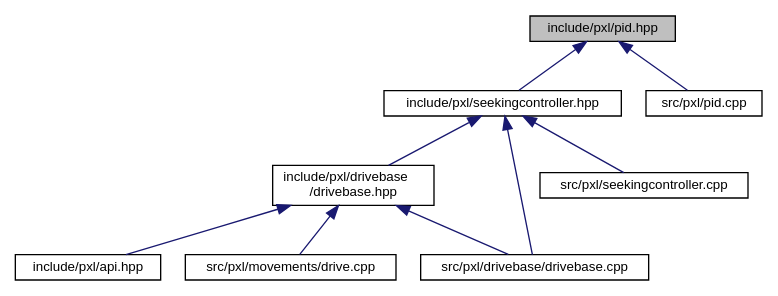
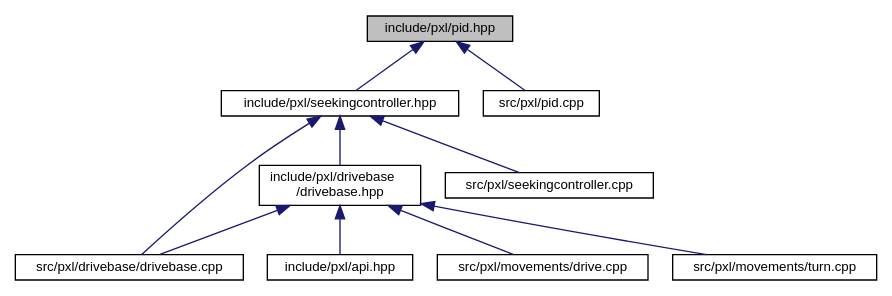
Before and after one commit to Pixel-Lib/Pixel: the diagram in pid_8hpp__dep__incl.dot, drawn with Graphviz. The commit also changed 232 other files, not shown here.

```diff
--- a/pid_8hpp__dep__incl.dot
+++ b/pid_8hpp__dep__incl.dot
@@ -1,22 +1,24 @@
 digraph "include/pxl/pid.hpp"
 {
  // LATEX_PDF_SIZE
   edge [fontname="Helvetica",fontsize="10",labelfontname="Helvetica",labelfontsize="10"];
   node [fontname="Helvetica",fontsize="10",shape=record];
   Node1 [label="include/pxl/pid.hpp",height=0.2,width=0.4,color="black", fillcolor="grey75", style="filled", fontcolor="black",tooltip=" "];
   Node1 -> Node2 [dir="back",color="midnightblue",fontsize="10",style="solid",fontname="Helvetica"];
   Node2 [label="include/pxl/seekingcontroller.hpp",height=0.2,width=0.4,color="black", fillcolor="white", style="filled",URL="$seekingcontroller_8hpp.html",tooltip=" "];
   Node2 -> Node3 [dir="back",color="midnightblue",fontsize="10",style="solid",fontname="Helvetica"];
   Node3 [label="include/pxl/drivebase\l/drivebase.hpp",height=0.2,width=0.4,color="black", fillcolor="white", style="filled",URL="$drivebase_8hpp.html",tooltip=" "];
   Node3 -> Node4 [dir="back",color="midnightblue",fontsize="10",style="solid",fontname="Helvetica"];
   Node4 [label="include/pxl/api.hpp",height=0.2,width=0.4,color="black", fillcolor="white", style="filled",URL="$api_8hpp.html",tooltip=" "];
   Node3 -> Node5 [dir="back",color="midnightblue",fontsize="10",style="solid",fontname="Helvetica"];
   Node5 [label="src/pxl/drivebase/drivebase.cpp",height=0.2,width=0.4,color="black", fillcolor="white", style="filled",URL="$drivebase_8cpp.html",tooltip=" "];
   Node3 -> Node6 [dir="back",color="midnightblue",fontsize="10",style="solid",fontname="Helvetica"];
   Node6 [label="src/pxl/movements/drive.cpp",height=0.2,width=0.4,color="black", fillcolor="white", style="filled",URL="$drive_8cpp.html",tooltip=" "];
+  Node3 -> Node7 [dir="back",color="midnightblue",fontsize="10",style="solid",fontname="Helvetica"];
+  Node7 [label="src/pxl/movements/turn.cpp",height=0.2,width=0.4,color="black", fillcolor="white", style="filled",URL="$turn_8cpp.html",tooltip=" "];
   Node2 -> Node5 [dir="back",color="midnightblue",fontsize="10",style="solid",fontname="Helvetica"];
-  Node2 -> Node7 [dir="back",color="midnightblue",fontsize="10",style="solid",fontname="Helvetica"];
-  Node7 [label="src/pxl/seekingcontroller.cpp",height=0.2,width=0.4,color="black", fillcolor="white", style="filled",URL="$seekingcontroller_8cpp.html",tooltip=" "];
-  Node1 -> Node8 [dir="back",color="midnightblue",fontsize="10",style="solid",fontname="Helvetica"];
-  Node8 [label="src/pxl/pid.cpp",height=0.2,width=0.4,color="black", fillcolor="white", style="filled",URL="$pid_8cpp.html",tooltip=" "];
+  Node2 -> Node8 [dir="back",color="midnightblue",fontsize="10",style="solid",fontname="Helvetica"];
+  Node8 [label="src/pxl/seekingcontroller.cpp",height=0.2,width=0.4,color="black", fillcolor="white", style="filled",URL="$seekingcontroller_8cpp.html",tooltip=" "];
+  Node1 -> Node9 [dir="back",color="midnightblue",fontsize="10",style="solid",fontname="Helvetica"];
+  Node9 [label="src/pxl/pid.cpp",height=0.2,width=0.4,color="black", fillcolor="white", style="filled",URL="$pid_8cpp.html",tooltip=" "];
 }
```
